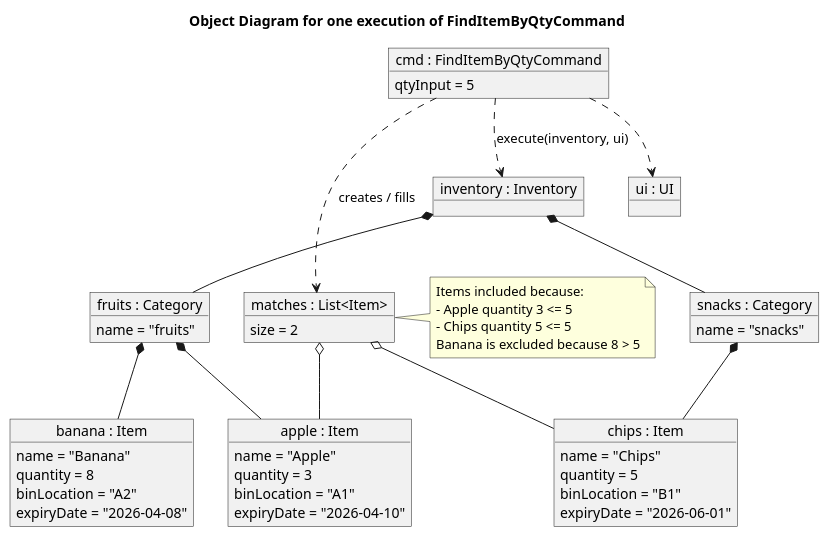
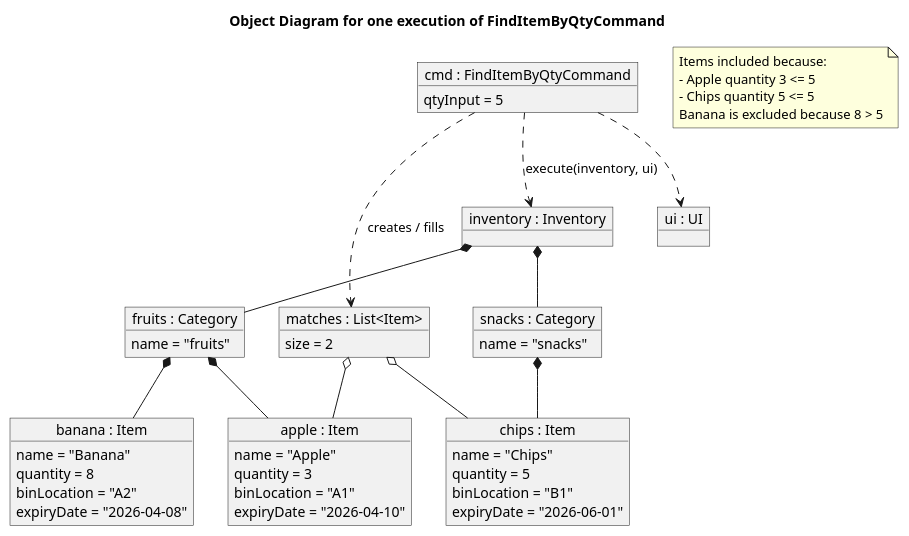
One commit to YeoSiZhao/tp changed the diagram in docs/diagrams/object/FindItemByQtyCommandObjectDiagram.puml. Above: the diagram before and after it, drawn with PlantUML. The commit also changed other lines of this file and 19 other files, not shown here.

Commit message:
Update diagrams

```diff
--- a/docs/diagrams/object/FindItemByQtyCommandObjectDiagram.puml
+++ b/docs/diagrams/object/FindItemByQtyCommandObjectDiagram.puml
@@ -1,67 +1,67 @@
 @startuml
 skinparam shadowing false
 skinparam packageStyle rectangle
 
 title Object Diagram for one execution of FindItemByQtyCommand
 
 object "cmd : FindItemByQtyCommand" as cmd {
   qtyInput = 5
 }
 
 object "inventory : Inventory" as inventory
 
 object "fruits : Category" as fruits {
   name = "fruits"
 }
 
 object "snacks : Category" as snacks {
   name = "snacks"
 }
 
 object "apple : Item" as apple {
   name = "Apple"
   quantity = 3
   binLocation = "A1"
   expiryDate = "2026-04-10"
 }
 
 object "banana : Item" as banana {
   name = "Banana"
   quantity = 8
   binLocation = "A2"
   expiryDate = "2026-04-08"
 }
 
 object "chips : Item" as chips {
   name = "Chips"
   quantity = 5
   binLocation = "B1"
   expiryDate = "2026-06-01"
 }
 
 object "ui : UI" as ui
 
 object "matches : List<Item>" as matches {
   size = 2
 }
 
 inventory *-- fruits
 inventory *-- snacks
 fruits *-- apple
 fruits *-- banana
 snacks *-- chips
 
 cmd ..> inventory : execute(inventory, ui)
 cmd ..> ui
 cmd ..> matches : creates / fills
 matches o-- apple
 matches o-- chips
 
-note right of matches
-Items included because:
-- Apple quantity 3 <= 5
-- Chips quantity 5 <= 5
-Banana is excluded because 8 > 5
+note as N1
+  Items included because:
+  - Apple quantity 3 <= 5
+  - Chips quantity 5 <= 5
+  Banana is excluded because 8 > 5
 end note
 
 @enduml
```
